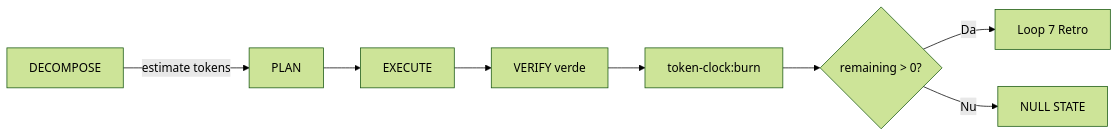
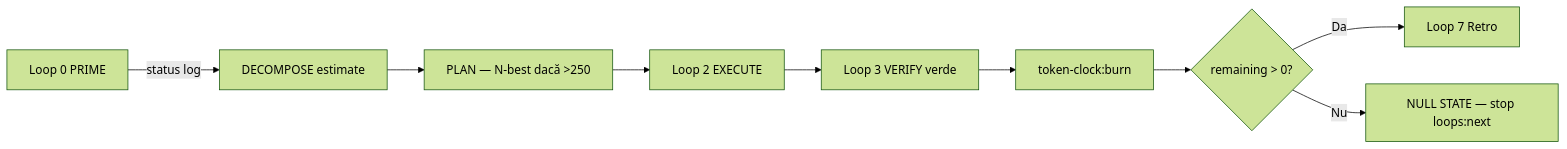
Before and after one commit to Solaris-CET/solaris-cet: the diagram in docs/planning/token-clock-loop.md, drawn with Mermaid (forest theme). The commit also changed other lines of this file and 35 other files, not shown here.

````diff
--- a/docs/planning/token-clock-loop.md
+++ b/docs/planning/token-clock-loop.md
@@ -9,10 +23,11 @@
 ```mermaid
 flowchart LR
-    A[DECOMPOSE] -->|estimate tokens| B[PLAN]
-    B --> C[EXECUTE]
-    C --> D[VERIFY verde]
-    D --> E[token-clock:burn]
-    E --> F{remaining > 0?}
-    F -->|Da| G[Loop 7 Retro]
-    F -->|Nu| H[NULL STATE]
+    A[Loop 0 PRIME] -->|status log| B[DECOMPOSE estimate]
+    B --> C[PLAN — N-best dacă >250]
+    C --> D[Loop 2 EXECUTE]
+    D --> E[Loop 3 VERIFY verde]
+    E --> F[token-clock:burn]
+    F --> G{remaining > 0?}
+    G -->|Da| H[Loop 7 Retro]
+    G -->|Nu| I[NULL STATE — stop loops:next]
 ```
````
